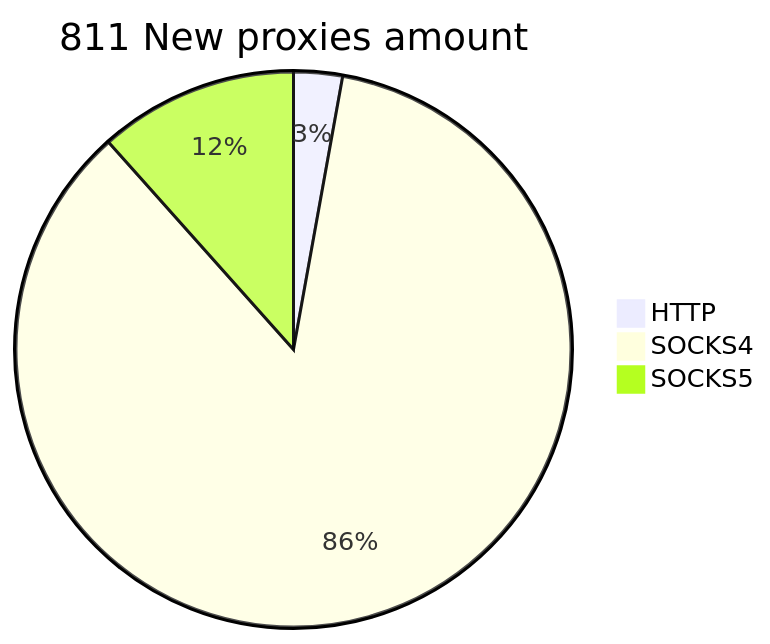
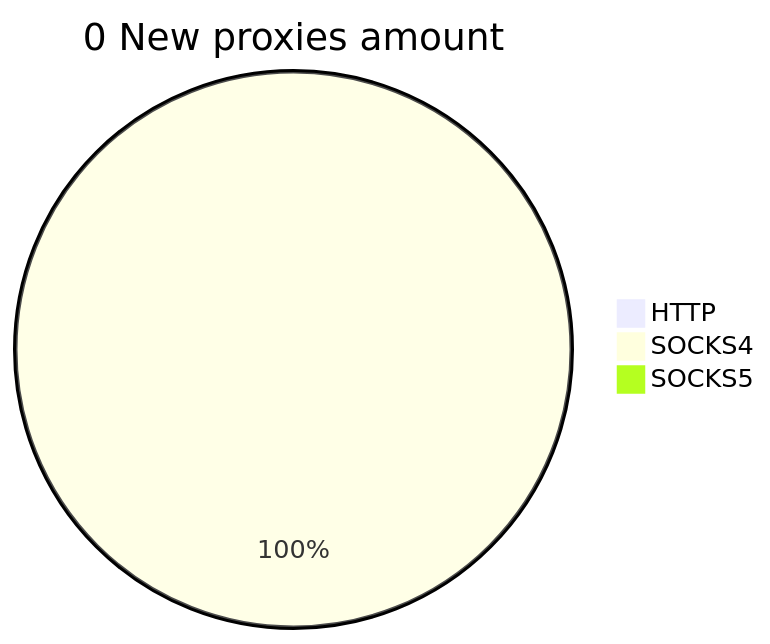
One commit to cutipu/proxylist changed the second of 2 diagrams in README.md. Above: the diagram before and after it, drawn with Mermaid. The commit also changed other lines of this file, not shown here.

````diff
--- a/README.md
+++ b/README.md
@@ -10,6 +10,6 @@
 ```mermaid
-pie title 811 New proxies amount
-    "HTTP" : 23
-    "SOCKS4" : 694
-    "SOCKS5" : 94
+pie title 0 New proxies amount
+    "HTTP" : 0
+    "SOCKS4" : 1
+    "SOCKS5" : 0
 ```
````
